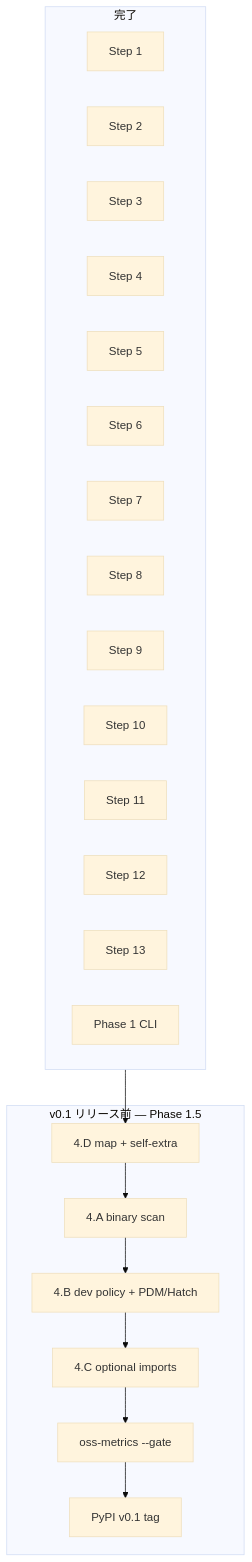
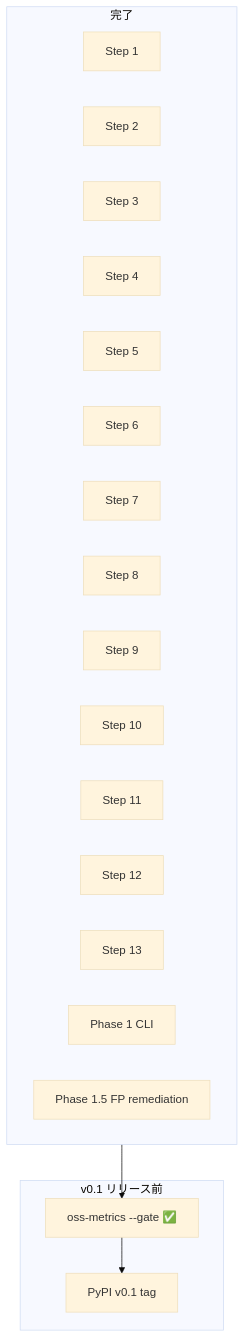
The diagram in docs/dev/plans/README.md (watany-dev/chokkin), drawn with Mermaid (base theme) before and after one commit. The commit also changed other lines of this file and 7 other files, not shown here.

````diff
--- a/docs/dev/plans/README.md
+++ b/docs/dev/plans/README.md
@@ -40,35 +40,28 @@
 ```mermaid
 flowchart TB
   subgraph done [完了]
     S1[Step 1]
     S2[Step 2]
     S3[Step 3]
     S4[Step 4]
     S5[Step 5]
     S6[Step 6]
     S7[Step 7]
     S8[Step 8]
     S9[Step 9]
     S10[Step 10]
     S11[Step 11]
     S12[Step 12]
     S13[Step 13]
     P1[Phase 1 CLI]
+    P15[Phase 1.5 FP remediation]
   end
 
-  subgraph remaining [v0.1 リリース前 — Phase 1.5]
-    P15A[4.D map + self-extra]
-    P15B[4.A binary scan]
-    P15C[4.B dev policy + PDM/Hatch]
-    P15D[4.C optional imports]
-    GATE[oss-metrics --gate]
+  subgraph remaining [v0.1 リリース前]
+    GATE[oss-metrics --gate ✅]
     TAG[PyPI v0.1 tag]
   end
 
-  done --> P15A
-  P15A --> P15B
-  P15B --> P15C
-  P15C --> P15D
-  P15D --> GATE
+  done --> GATE
   GATE --> TAG
 ```
````
